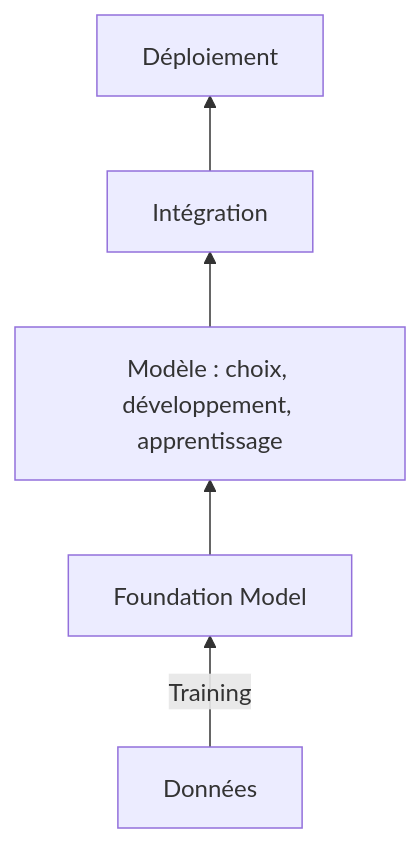
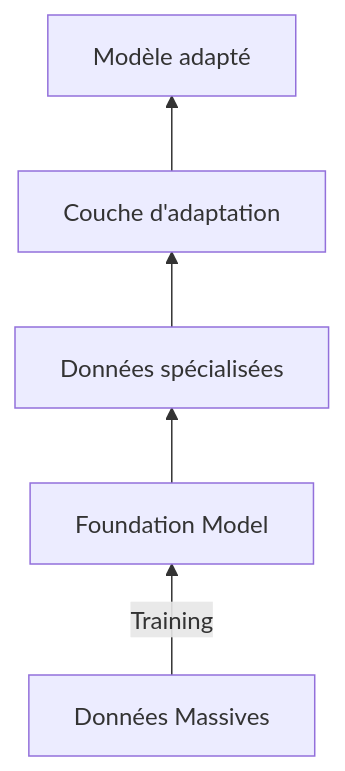
The diagram in docs/Notions_Essentielles/10_modeles_pre_entraines.md (rdassignies/legalgpt), drawn with Mermaid before and after one commit. The commit also changed other lines of this file, not shown here.

````diff
--- a/docs/Notions_Essentielles/10_modeles_pre_entraines.md
+++ b/docs/Notions_Essentielles/10_modeles_pre_entraines.md
@@ -25,10 +70,10 @@
 ``` mermaid
 flowchart BT
 
-A[Données] -- Training --> B[Foundation Model]
-	B --> C[Modèle : choix, développement, apprentissage]
-	C --> D[Intégration]
-	D --> E[Déploiement]
+A[Données Massives] -- Training --> B[Foundation Model]
+	B --> C[Données spécialisées]
+	C --> D[Couche d'adaptation]
+	D --> E[Modèle adapté]
 
 
 ```
````
